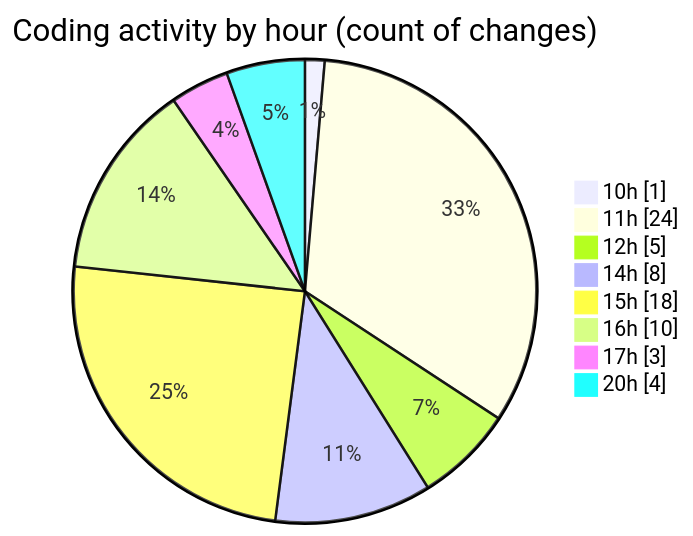
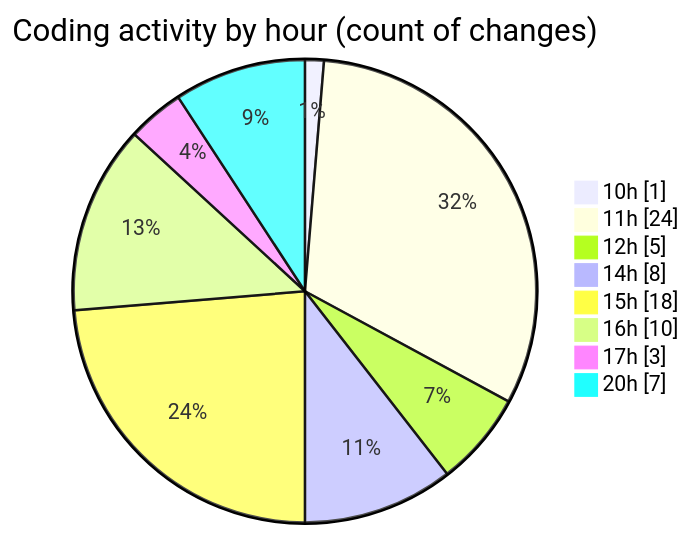
Before and after one commit to debugP/code-tracking: the second of 2 diagrams in 2025-10-03/untitled__workspace_/README.md, drawn with Mermaid. The commit also changed other lines of this file and 1 other file, not shown here.

````diff
--- a/2025-10-03/untitled__workspace_/README.md
+++ b/2025-10-03/untitled__workspace_/README.md
@@ -31,12 +31,12 @@
 ```mermaid
 pie showData
 title Coding activity by hour (count of changes)
 "10h" : 1
 "11h" : 24
 "12h" : 5
 "14h" : 8
 "15h" : 18
 "16h" : 10
 "17h" : 3
-"20h" : 4
+"20h" : 7
 ```
````
